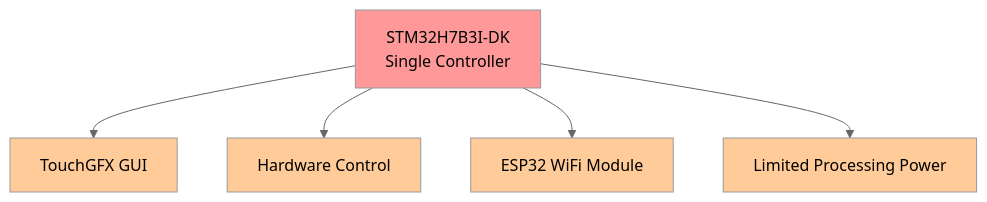
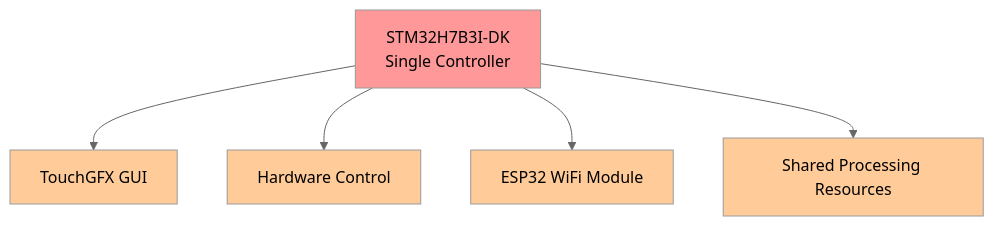
One commit to GhaithhBenbrahim/internship-progress changed the first of 2 diagrams in hd_imp_rpi.md. Above: the diagram before and after it, drawn with Mermaid (neutral theme). The commit also changed other lines of this file, not shown here.

````diff
--- a/hd_imp_rpi.md
+++ b/hd_imp_rpi.md
@@ -15,13 +17,13 @@
 ```mermaid
 graph TB
     A[STM32H7B3I-DK<br/>Single Controller] --> B[TouchGFX GUI]
     A --> C[Hardware Control]
     A --> D[ESP32 WiFi Module]
-    A --> E[Limited Processing Power]
-    
+    A --> E[Shared Processing Resources]
+
     style A fill:#ff9999
     style B fill:#ffcc99
     style C fill:#ffcc99
     style D fill:#ffcc99
     style E fill:#ffcc99
 ```
````
